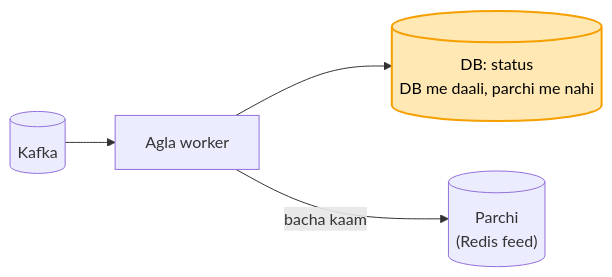
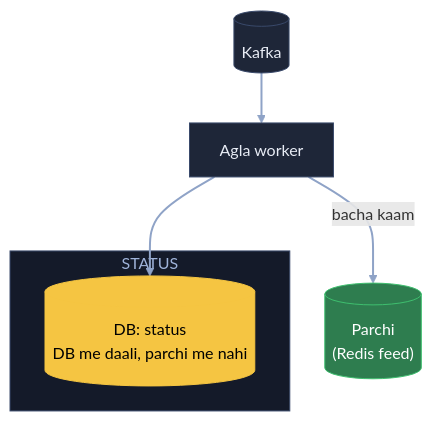
Before and after one commit to ArpanMaheshwari144/Prep: diagram 11 of 11 in 04_HLD/SYSTEM_DESIGNS/08_news_aggregator/08_news_aggregator.md, drawn with Mermaid. The commit also changed other lines of this file, not shown here.

Commit message:
News: 11 diagram YouTube (reel) wale card andaaz me

````diff
--- a/04_HLD/SYSTEM_DESIGNS/08_news_aggregator/08_news_aggregator.md
+++ b/04_HLD/SYSTEM_DESIGNS/08_news_aggregator/08_news_aggregator.md
@@ -218,7 +329,18 @@
 ```mermaid
-flowchart LR
-    K[("Kafka")] --> W2["Agla worker"]
-    W2 --> D[("DB: status<br/>DB me daali, parchi me nahi")]
-    W2 -- "bacha kaam" --> P[("Parchi<br/>(Redis feed)")]
-    style D fill:#ffe8b3,stroke:#f59f00,stroke-width:2px,color:#000
+flowchart TB
+    K[("Kafka")]:::card
+    W2["Agla worker"]:::card
+    subgraph ST["STATUS"]
+        D[("DB: status<br/>DB me daali, parchi me nahi")]:::pill
+    end
+    P[("Parchi<br/>(Redis feed)")]:::good
+    K --> W2
+    W2 --> D
+    W2 -- "bacha kaam" --> P
+    linkStyle default stroke:#8fa3c7,stroke-width:2px
+    classDef card fill:#1e2638,stroke:#3a4a6b,color:#e8ecf5
+    classDef pill fill:#f5c542,stroke:#f5c542,color:#000
+    classDef good fill:#2e7d4f,stroke:#3fbf6f,color:#fff
+    classDef bad fill:#5c1f24,stroke:#e05561,color:#fff
+    style ST fill:#141a29,stroke:#3a4a6b,color:#9fb3d9
 ```
````
